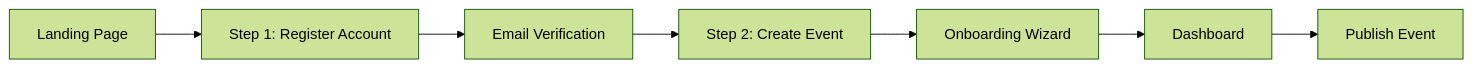
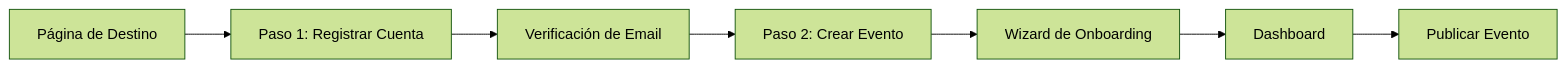
One commit to LIDR-academy/AI4Devs-finalproject changed the first of 2 diagrams in business-documentation/prd/05-registration-onboarding.md. Above: the diagram before and after it, drawn with Mermaid (forest theme). The commit also changed other lines of this file and 38 other files, not shown here.

````diff
--- a/business-documentation/prd/05-registration-onboarding.md
+++ b/business-documentation/prd/05-registration-onboarding.md
@@ -11,9 +11,9 @@
 ```mermaid
 graph LR
-    A[Landing Page] --> B[Step 1: Register Account]
-    B --> C[Email Verification]
-    C --> D[Step 2: Create Event]
-    D --> E[Onboarding Wizard]
+    A[Página de Destino] --> B[Paso 1: Registrar Cuenta]
+    B --> C[Verificación de Email]
+    C --> D[Paso 2: Crear Evento]
+    D --> E[Wizard de Onboarding]
     E --> F[Dashboard]
-    F --> G[Publish Event]
+    F --> G[Publicar Evento]
 ```
````
